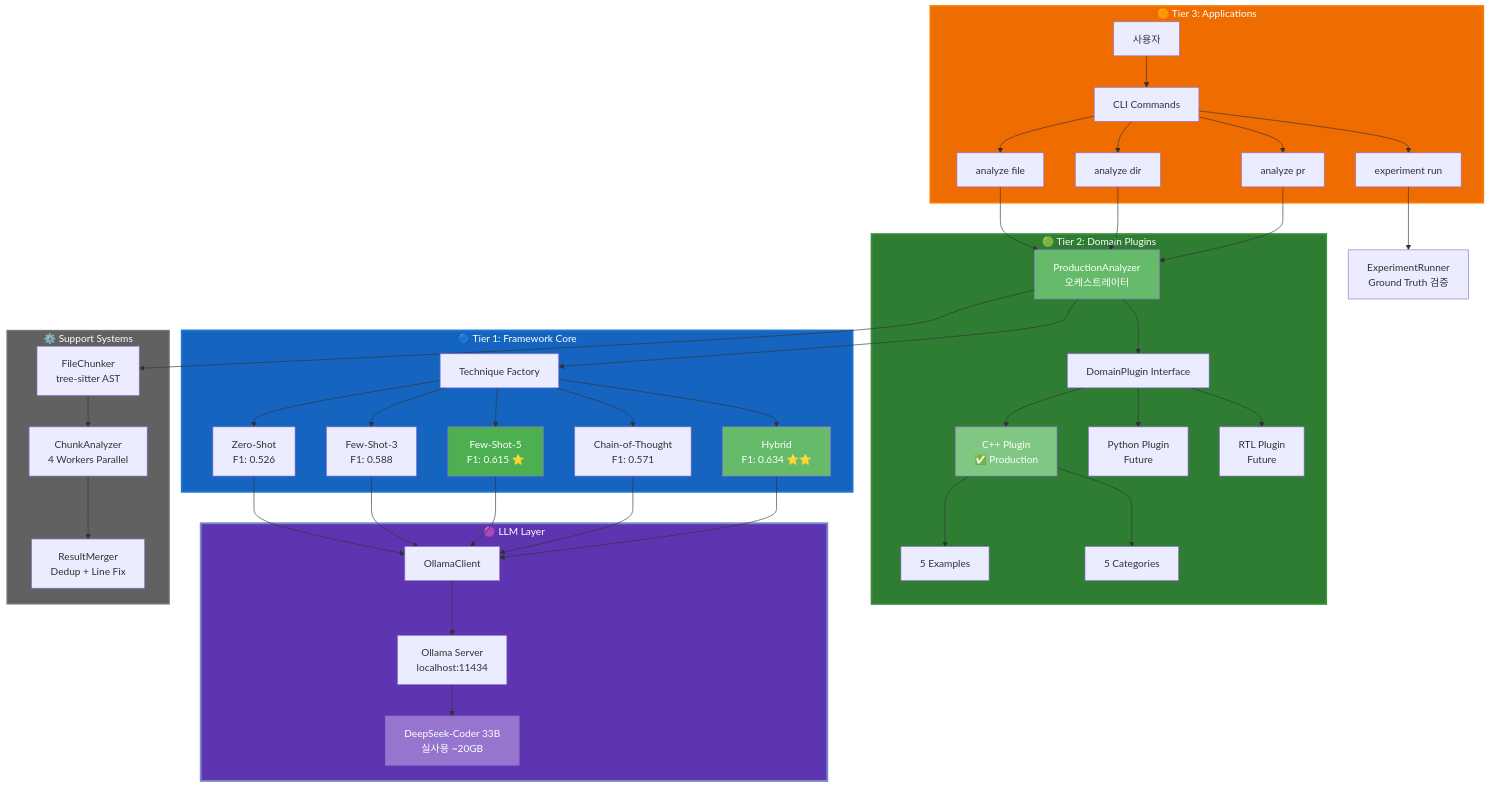
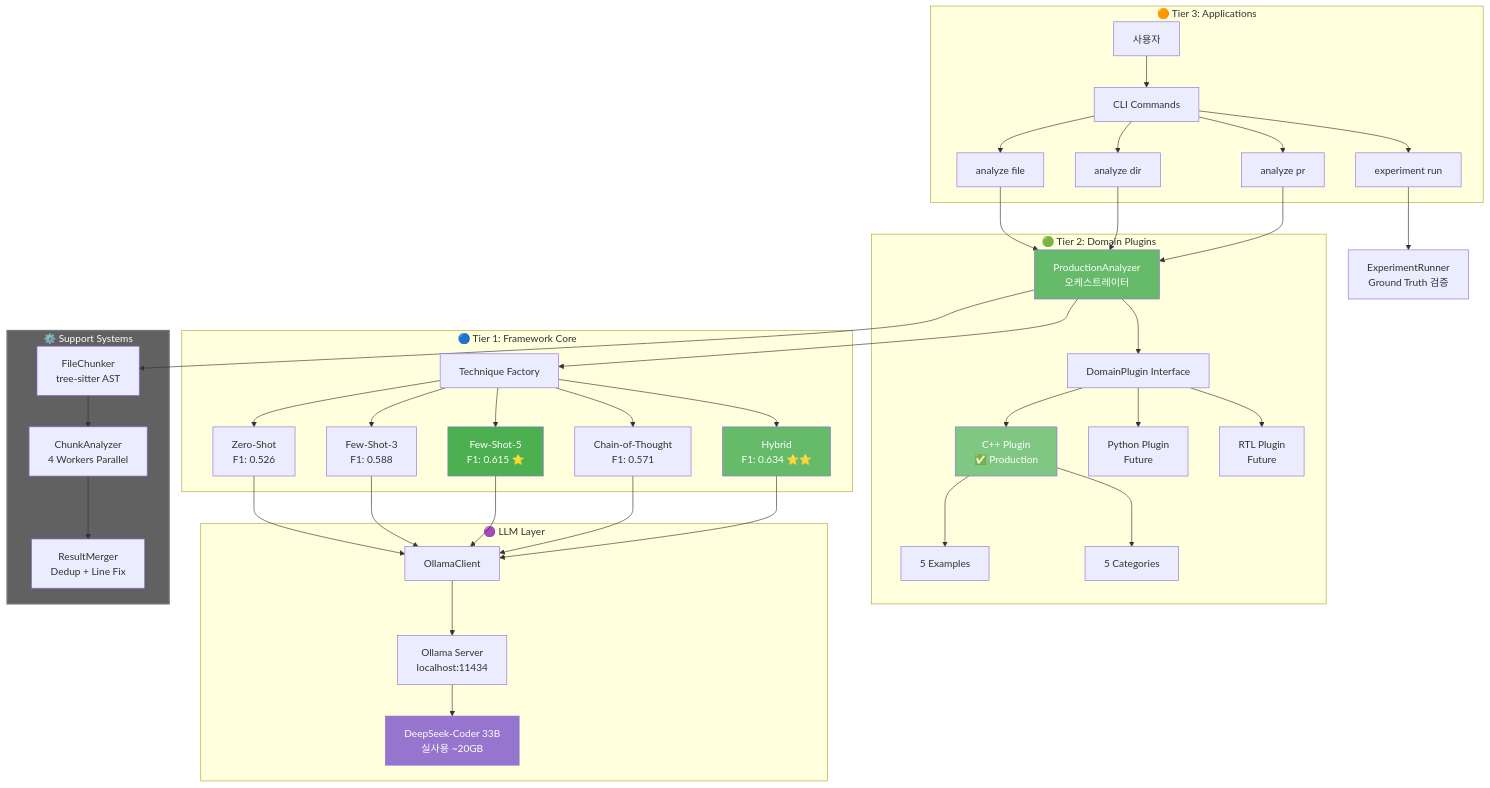
The seventh of 48 diagrams in PRESENTATION.md (ApeachM/llm-code-reviewer), drawn with Mermaid before and after one commit. The commit also changed other lines of this file, not shown here.

```diff
--- a/PRESENTATION.md
+++ b/PRESENTATION.md
@@ -342,10 +342,6 @@
 
     Exp --> Runner[ExperimentRunner<br/>Ground Truth 검증]
 
-    style T3 fill:#ef6c00,stroke:#f57c00,stroke-width:3px,color:#fff
-    style T2 fill:#2e7d32,stroke:#388e3c,stroke-width:3px,color:#fff
-    style T1 fill:#1565c0,stroke:#1976d2,stroke-width:3px,color:#fff
-    style LLM fill:#5e35b1,stroke:#7986cb,stroke-width:3px,color:#fff
     style Support fill:#616161,stroke:#757575,stroke-width:2px,color:#fff
 
     style PA fill:#66bb6a,color:#fff
```
